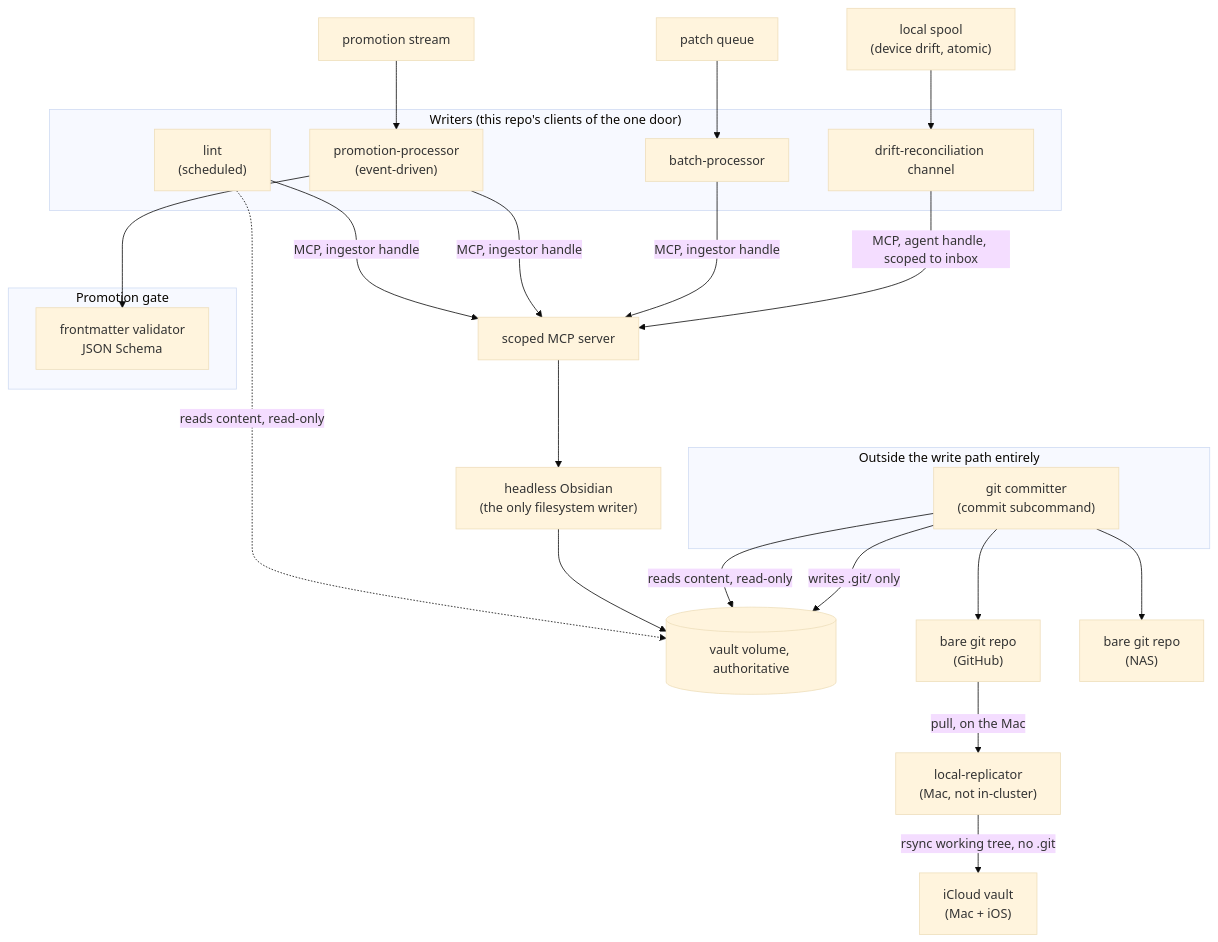
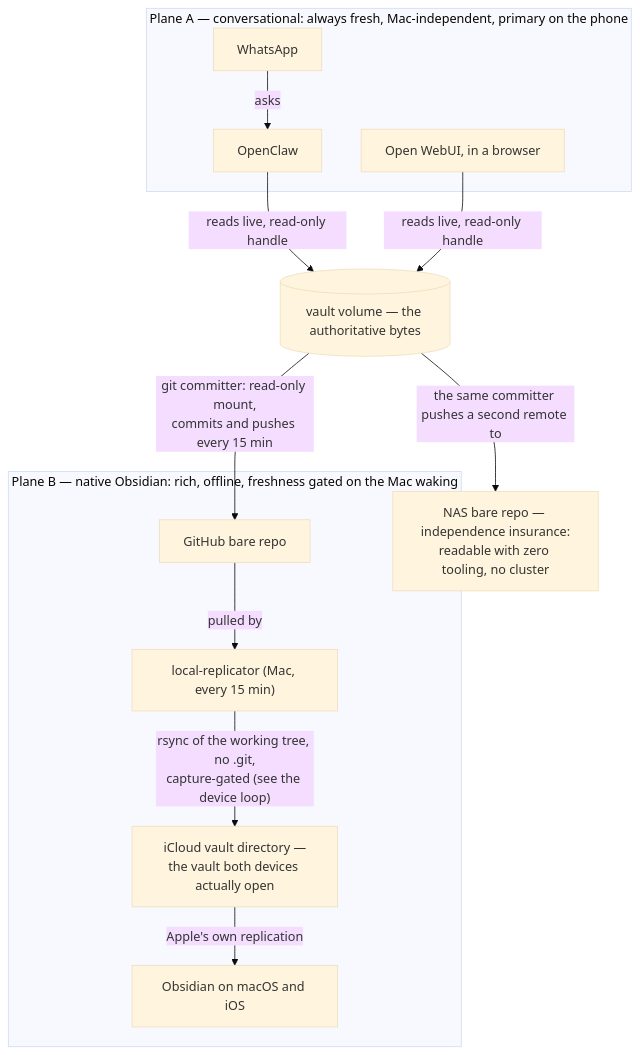
Before and after one commit to ppat/obsidian-tools: the third of 3 diagrams in DESIGN.md, drawn with Mermaid (base theme). The commit also changed other lines of this file and 22 other files, not shown here.

````diff
--- a/DESIGN.md
+++ b/DESIGN.md
@@ -87,39 +392,17 @@
 ```mermaid
 flowchart TB
-    subgraph writers["Writers (this repo's clients of the one door)"]
-        Lint["lint\n(scheduled)"]
-        Promotion["promotion-processor\n(event-driven)"]
-        Batch["batch-processor"]
-        DriftChannel["drift-reconciliation channel"]
+    VOL[("vault volume — the authoritative bytes")]
+    subgraph planeA["Plane A — conversational: always fresh, Mac-independent, primary on the phone"]
+        WA["WhatsApp"] -->|"asks"| OCr["OpenClaw"]
+        WEB["Open WebUI, in a browser"]
     end
-
-    subgraph gate["Promotion gate"]
-        Validator["frontmatter validator\nJSON Schema"]
+    OCr -->|"reads live, read-only handle"| VOL
+    WEB -->|"reads live, read-only handle"| VOL
+    VOL -->|"git committer: read-only mount,<br/>commits and pushes every 15 min"| GH["GitHub bare repo"]
+    VOL -->|"the same committer pushes a second remote to"| NAS["NAS bare repo — independence insurance:<br/>readable with zero tooling, no cluster"]
+    subgraph planeB["Plane B — native Obsidian: rich, offline, freshness gated on the Mac waking"]
+        GH -->|"pulled by"| LRr["local-replicator (Mac, every 15 min)"]
+        LRr -->|"rsync of the working tree, no .git,<br/>capture-gated (see the device loop)"| IC["iCloud vault directory —<br/>the vault both devices actually open"]
+        IC -->|"Apple's own replication"| DEV["Obsidian on macOS and iOS"]
     end
-
-    PatchQueue["patch queue"] --> Batch
-    PromotionStream["promotion stream"] --> Promotion
-    Spool["local spool\n(device drift, atomic)"] --> DriftChannel
-
-    Lint -->|"MCP, ingestor handle"| MCP["scoped MCP server"]
-    Promotion -->|"MCP, ingestor handle"| MCP
-    Batch -->|"MCP, ingestor handle"| MCP
-    DriftChannel -->|"MCP, agent handle, scoped to inbox"| MCP
-
-    Lint -.->|"reads content, read-only"| Volume
-    Promotion --> Validator
-
-    MCP --> Obsidian["headless Obsidian\n(the only filesystem writer)"]
-    Obsidian --> Volume[("vault volume, authoritative")]
-
-    subgraph committer_box["Outside the write path entirely"]
-        Committer["git committer\n(commit subcommand)"]
-    end
-    Committer -->|"reads content, read-only"| Volume
-    Committer -->|"writes .git/ only"| Volume
-    Committer --> GitHubRepo["bare git repo\n(GitHub)"]
-    Committer --> NasRepo["bare git repo\n(NAS)"]
-
-    GitHubRepo -->|"pull, on the Mac"| Replication["local-replicator\n(Mac, not in-cluster)"]
-    Replication -->|"rsync working tree, no .git"| ICloud["iCloud vault\n(Mac + iOS)"]
 ```
````
